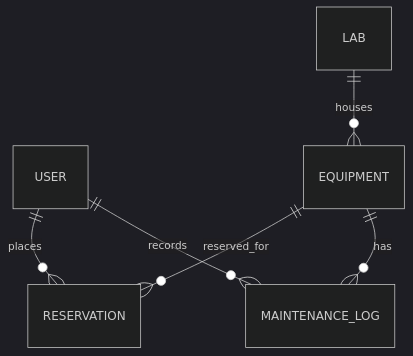
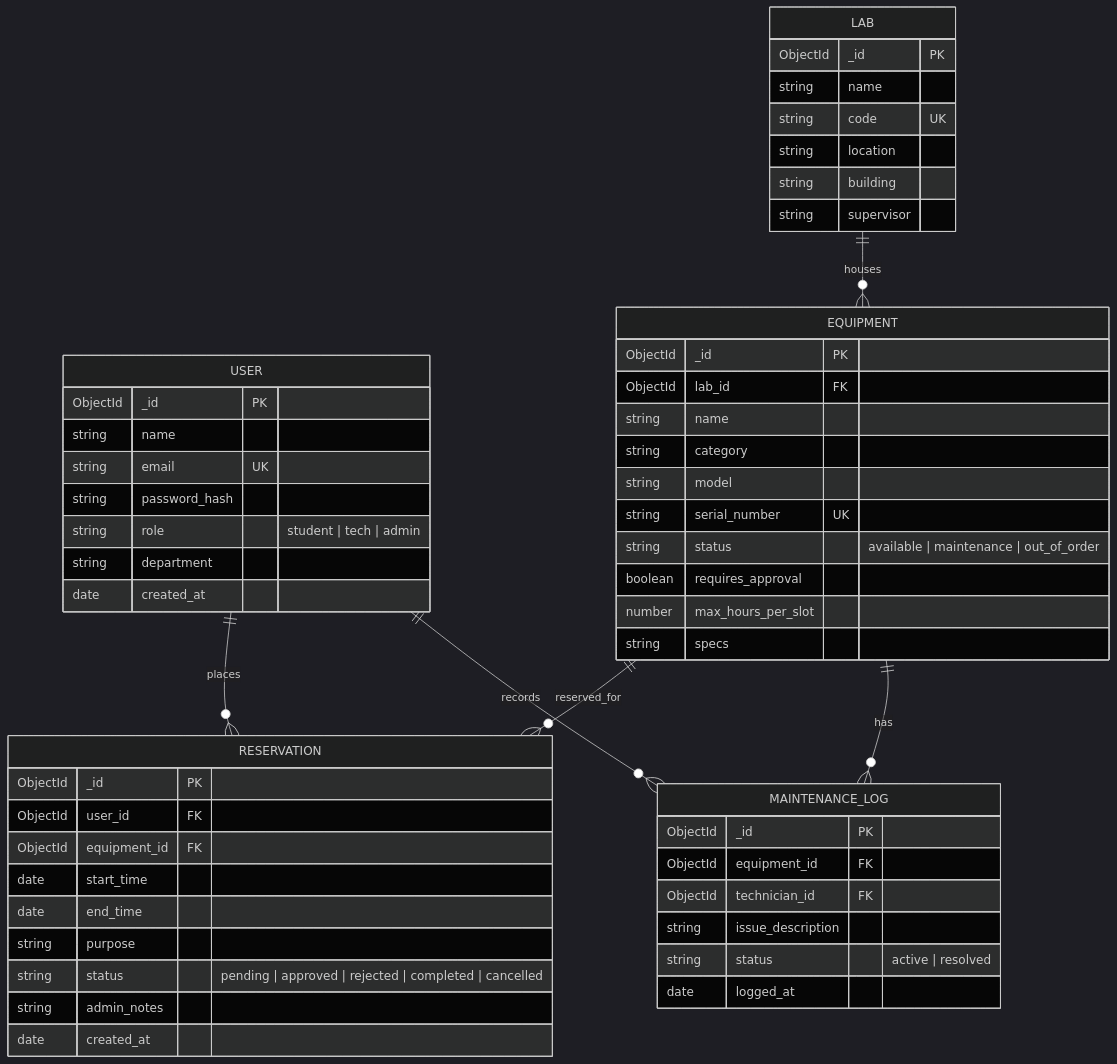
The diagram in docs/PROJECT_REPORT.md (JayasekaraJMOS/Lab-Equipment-Reservation-System), drawn with Mermaid (dark theme) before and after one commit. The commit also changed other lines of this file, not shown here.

Commit message:
﻿docs: expand technical project report with ERD and data dictionary

````diff
--- a/docs/PROJECT_REPORT.md
+++ b/docs/PROJECT_REPORT.md
@@ -42,8 +64,61 @@
 ```mermaid
 erDiagram
     USER ||--o{ RESERVATION : places
     LAB ||--o{ EQUIPMENT : houses
     EQUIPMENT ||--o{ RESERVATION : reserved_for
     EQUIPMENT ||--o{ MAINTENANCE_LOG : has
     USER ||--o{ MAINTENANCE_LOG : records
+
+    USER {
+        ObjectId _id PK
+        string name
+        string email UK
+        string password_hash
+        string role "student | tech | admin"
+        string department
+        date created_at
+    }
+
+    LAB {
+        ObjectId _id PK
+        string name
+        string code UK
+        string location
+        string building
+        string supervisor
+    }
+
+    EQUIPMENT {
+        ObjectId _id PK
+        ObjectId lab_id FK
+        string name
+        string category
+        string model
+        string serial_number UK
+        string status "available | maintenance | out_of_order"
+        boolean requires_approval
+        number max_hours_per_slot
+        string specs
+    }
+
+    RESERVATION {
+        ObjectId _id PK
+        ObjectId user_id FK
+        ObjectId equipment_id FK
+        date start_time
+        date end_time
+        string purpose
+        string status "pending | approved | rejected | completed | cancelled"
+        string admin_notes
+        date created_at
+    }
+
+    MAINTENANCE_LOG {
+        ObjectId _id PK
+        ObjectId equipment_id FK
+        ObjectId technician_id FK
+        string issue_description
+        string status "active | resolved"
+        date logged_at
+    }
 ```
````
